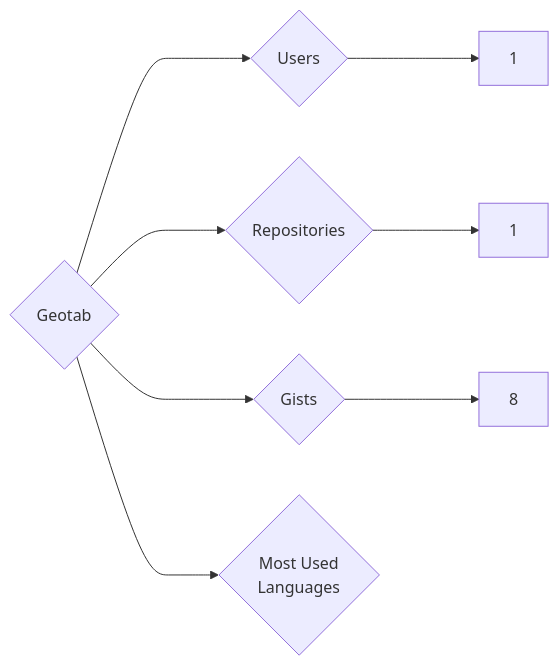
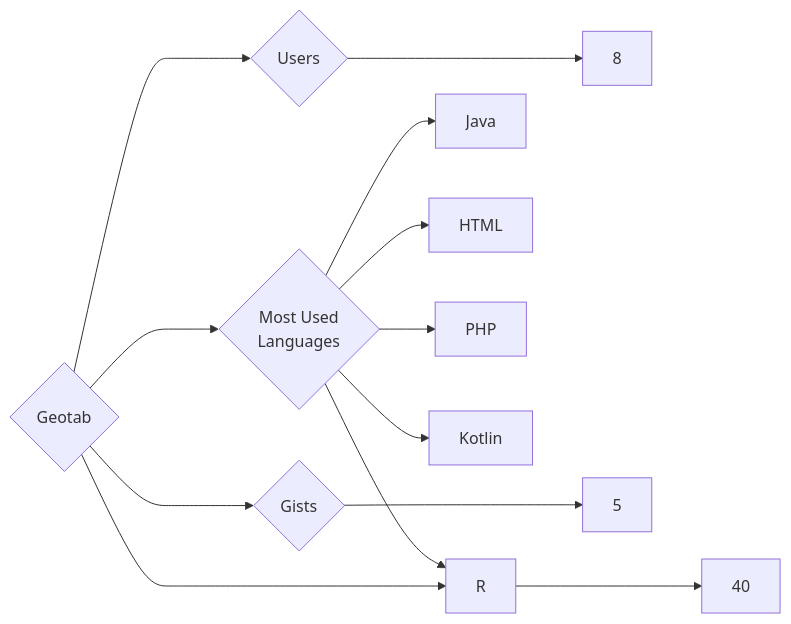
The diagram in targets/Geotab/README.md (trickest/insiders), drawn with Mermaid before and after one commit. The commit also changed 1149 other files, not shown here.

````diff
--- a/targets/Geotab/README.md
+++ b/targets/Geotab/README.md
@@ -3,8 +3,13 @@
 ```mermaid
 graph LR
 COMPANY_NAME{Geotab}
-COMPANY_NAME ---> U{Users} ---> UN[1]
-COMPANY_NAME ---> R{Repositories} ---> RN[1]
-COMPANY_NAME ---> G{Gists} ---> GN[8]
+COMPANY_NAME ---> U{Users} ---> UN[8]
+COMPANY_NAME ---> R{Repositories} ---> RN[40]
+COMPANY_NAME ---> G{Gists} ---> GN[5]
 COMPANY_NAME ---> ML{Most Used<br>Languages}
+ML --> Java[Java]
+ML --> HTML[HTML]
+ML --> R[R]
+ML --> PHP[PHP]
+ML --> Kotlin[Kotlin]
 ```
````
